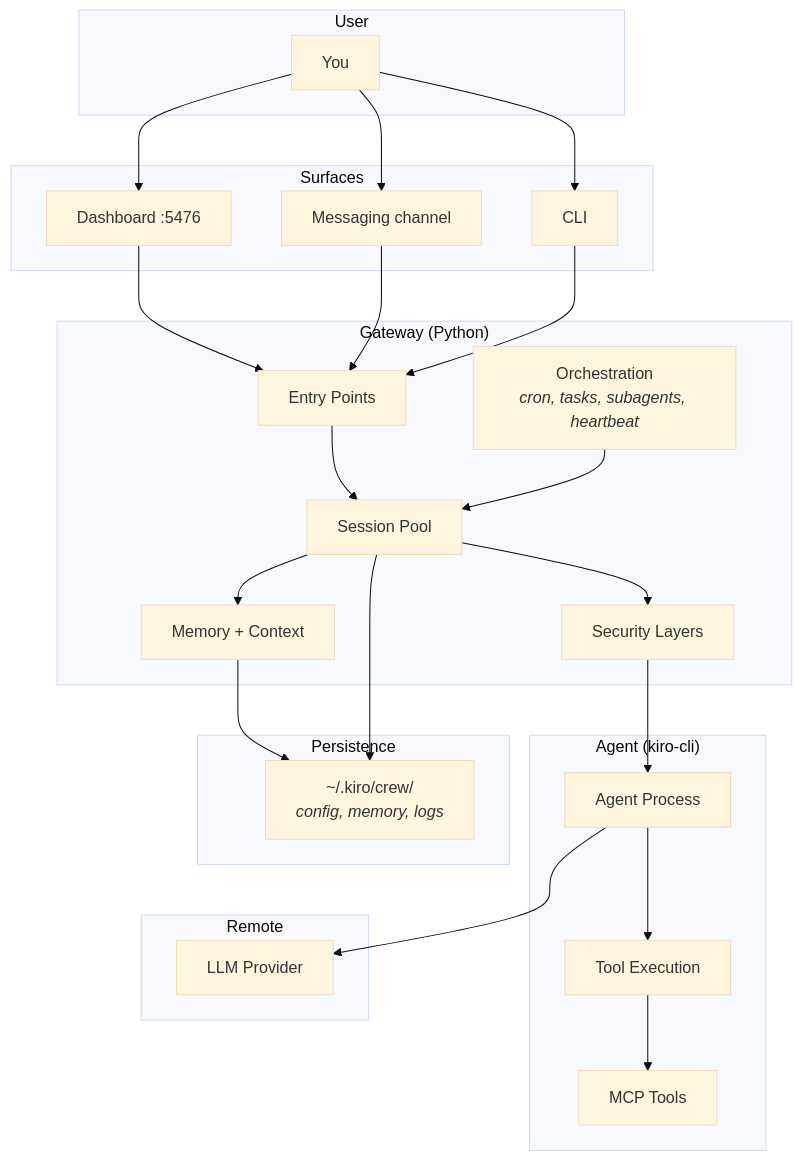
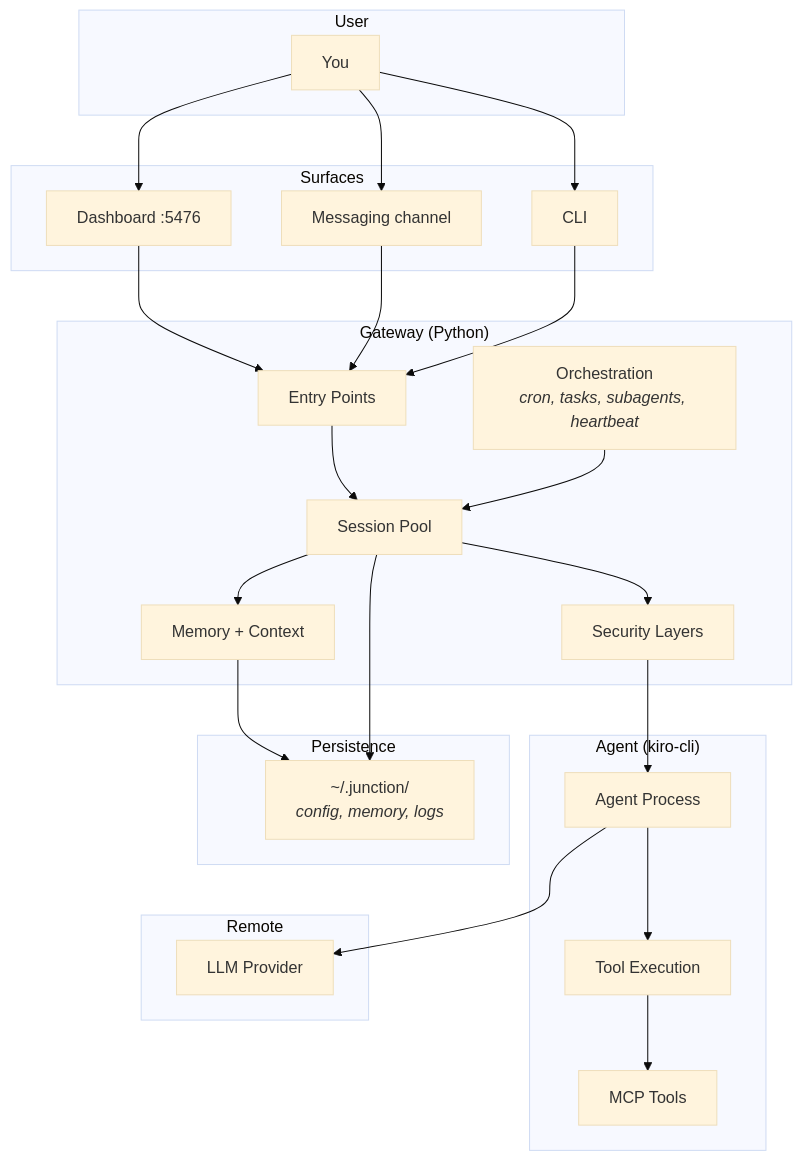
One commit to laqaer/acpcrew changed the ninth of 9 diagrams in docs/architecture/overview.md. Above: the diagram before and after it, drawn with Mermaid (base theme). The commit also changed other lines of this file and 602 other files, not shown here.

````diff
--- a/docs/architecture/overview.md
+++ b/docs/architecture/overview.md
@@ -719,54 +719,54 @@
 ```mermaid
 graph TB
     subgraph "User"
         U[You]
     end
 
     subgraph "Surfaces"
         DASH[Dashboard :5476]
         SL[Messaging channel]
         TERM[CLI]
     end
 
     subgraph "Gateway (Python)"
         ENTRY[Entry Points]
         SESSION[Session Pool]
         MEMORY[Memory + Context]
         ORCH[Orchestration<br/><i>cron, tasks, subagents, heartbeat</i>]
         SECURITY[Security Layers]
     end
 
     subgraph "Agent (kiro-cli)"
         AGENT[Agent Process]
         TOOL_EXEC[Tool Execution]
         MCP_TOOLS[MCP Tools]
     end
 
     subgraph "Persistence"
-        DISK["~/.kiro/crew/<br/><i>config, memory, logs</i>"]
+        DISK["~/.junction/<br/><i>config, memory, logs</i>"]
     end
 
     subgraph "Remote"
         CLOUD_LLM[LLM Provider]
     end
 
     U --> DASH
     U --> SL
     U --> TERM
 
     DASH --> ENTRY
     SL --> ENTRY
     TERM --> ENTRY
 
     ENTRY --> SESSION
     SESSION --> MEMORY
     SESSION --> SECURITY
     SECURITY --> AGENT
     AGENT --> TOOL_EXEC
     TOOL_EXEC --> MCP_TOOLS
     AGENT --> CLOUD_LLM
 
     MEMORY --> DISK
     ORCH --> SESSION
     SESSION --> DISK
 ```
````
